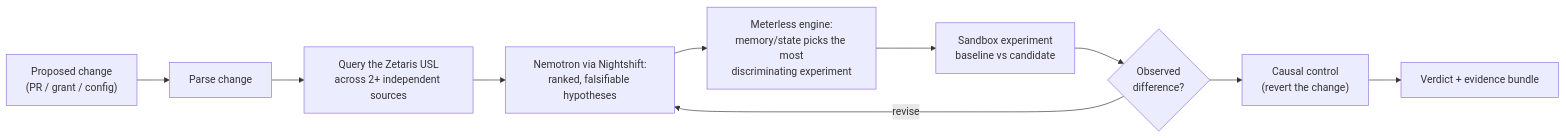
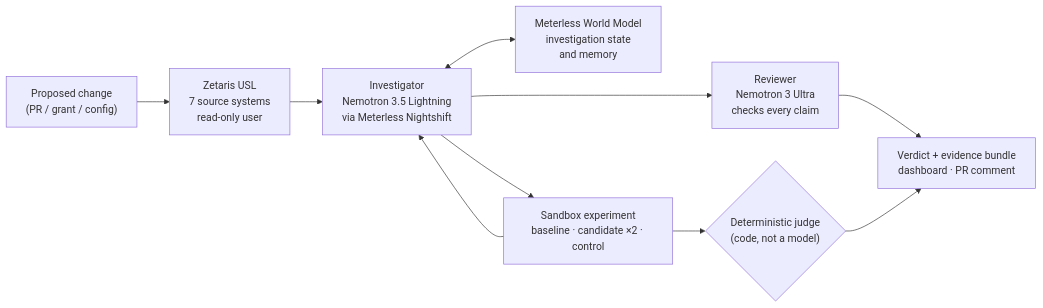
Before and after one commit to alleti01/Domino: the diagram in README.md, drawn with Mermaid. The commit also changed other lines of this file, not shown here.

````diff
--- a/README.md
+++ b/README.md
@@ -77,12 +76,12 @@
 ```mermaid
 flowchart LR
-    PR["Proposed change<br/>(PR / grant / config)"] --> P[Parse change]
-    P --> Q["Query the Zetaris USL<br/>across 2+ independent sources"]
-    Q --> H["Nemotron via Nightshift:<br/>ranked, falsifiable hypotheses"]
-    H --> M["Meterless engine:<br/>memory/state picks the most<br/>discriminating experiment"]
-    M --> X["Sandbox experiment<br/>baseline vs candidate"]
-    X --> O{Observed<br/>difference?}
-    O -- revise --> H
-    O --> C["Causal control<br/>(revert the change)"]
-    C --> V["Verdict + evidence bundle"]
+    PR["Proposed change<br/>(PR / grant / config)"] --> Q["Zetaris USL<br/>7 source systems<br/>read-only user"]
+    Q --> H["Investigator<br/>Nemotron 3.5 Lightning<br/>via Meterless Nightshift"]
+    H <--> WM["Meterless World Model<br/>investigation state<br/>and memory"]
+    H --> X["Sandbox experiment<br/>baseline · candidate ×2 · control"]
+    X --> H
+    X --> J{"Deterministic judge<br/>(code, not a model)"}
+    H --> R["Reviewer<br/>Nemotron 3 Ultra<br/>checks every claim"]
+    R --> B["Verdict + evidence bundle<br/>dashboard · PR comment"]
+    J --> B
 ```
````
